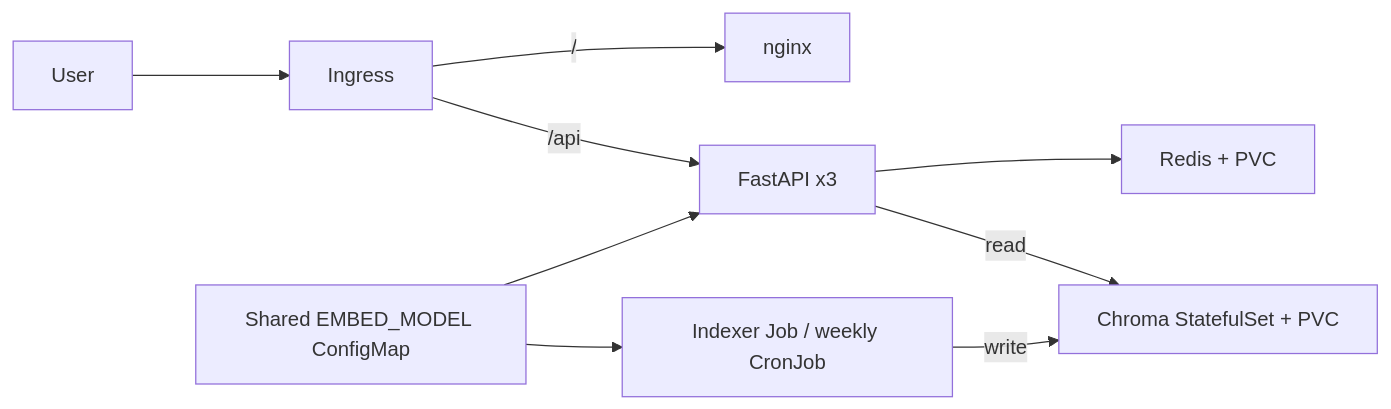
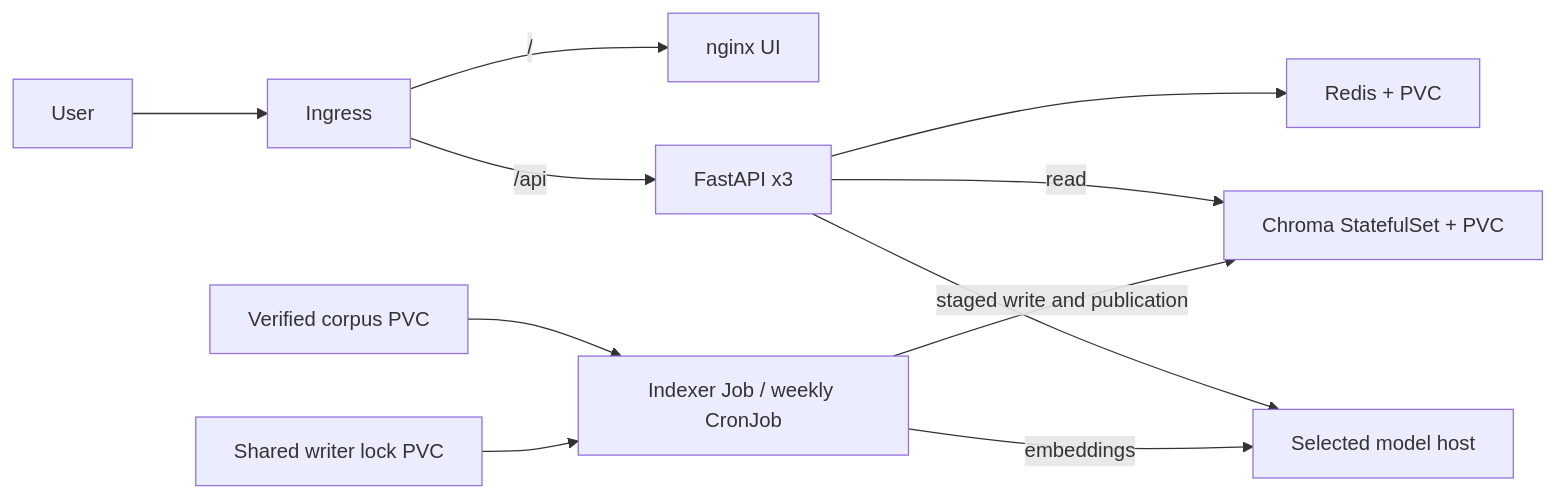
The diagram in README.md (rayyanhasan899/Rahbar), drawn with Mermaid before and after one commit. The commit also changed other lines of this file and 9 other files, not shown here.

````diff
--- a/README.md
+++ b/README.md
@@ -16,11 +14,13 @@
 ```mermaid
 flowchart LR
  User --> Ingress
- Ingress -->|/|UI[nginx]
- Ingress -->|/api|API[FastAPI x3]
+ Ingress -->|/| UI[nginx UI]
+ Ingress -->|/api| API[FastAPI x3]
  API --> Redis[Redis + PVC]
- API -->|read|Chroma[Chroma StatefulSet + PVC]
- Job[Indexer Job / weekly CronJob] -->|write|Chroma
- Pin[Shared EMBED_MODEL ConfigMap] --> API
- Pin --> Job
+ API -->|read| Chroma[Chroma StatefulSet + PVC]
+ Job[Indexer Job / weekly CronJob] -->|staged write and publication| Chroma
+ Corpus[Verified corpus PVC] --> Job
+ Lock[Shared writer lock PVC] --> Job
+ API --> Model[Selected model host]
+ Job -->|embeddings| Model
 ```
````
